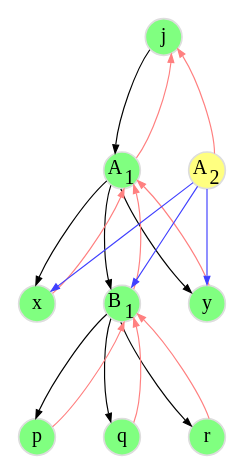
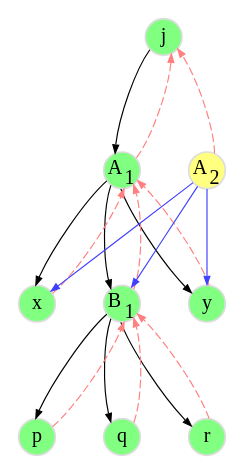
The diagram in d1.gv (flatcap/dparted), drawn with Graphviz before and after one commit. The commit also changed 4 other files, not shown here.

```diff
--- a/d1.gv
+++ b/d1.gv
@@ -1,58 +1,57 @@
 digraph d {
 	graph [
 		rankdir="TB"
 		bgcolor="white"
 		color="white"
 		nodesep="0.4"
 		ranksep="0.8"
 	];
 
 	node [
 		fontsize="12"
 		style="solid"
 		width="0.3"
 		height="0.3"
 		fixedsize="true"
 		penwidth="1.0"
 		color="#DDDDDD"
 	];
 
 	edge [
 		penwidth="0.7"
 		color="#000000"
 		arrowsize="0.5"
 	];
 
-
 	j  [ label=<j>             style="filled" fillcolor="#80ff80" ];
 	a1 [ label=<A<SUB>1</SUB>> style="filled" fillcolor="#80ff80" ];
 	x  [ label=<x>             style="filled" fillcolor="#80ff80" ];
 	b1 [ label=<B<SUB>1</SUB>> style="filled" fillcolor="#80ff80" ];
 	y  [ label=<y>             style="filled" fillcolor="#80ff80" ];
 	p  [ label=<p>             style="filled" fillcolor="#80ff80" ];
 	q  [ label=<q>             style="filled" fillcolor="#80ff80" ];
 	r  [ label=<r>             style="filled" fillcolor="#80ff80" ];
 	a2 [ label=<A<SUB>2</SUB>> style="filled" fillcolor="#ffff80" ];
 
 	j  -> a1;
-	a1 -> j   [ color="#ff8080" ];
+	a1 -> j   [ color="#ff8080" style=dashed ];
 	a1 -> x;
-	x  -> a1  [ color="#ff8080" ];
+	x  -> a1  [ color="#ff8080" style=dashed ];
 	a1 -> b1;
-	b1 -> a1  [ color="#ff8080" ];
+	b1 -> a1  [ color="#ff8080" style=dashed ];
 	a1 -> y;
-	y  -> a1  [ color="#ff8080" ];
+	y  -> a1  [ color="#ff8080" style=dashed ];
 	b1 -> p;
-	p  -> b1  [ color="#ff8080" ];
+	p  -> b1  [ color="#ff8080" style=dashed ];
 	b1 -> q;
-	q  -> b1  [ color="#ff8080" ];
+	q  -> b1  [ color="#ff8080" style=dashed ];
 	b1 -> r;
-	r  -> b1  [ color="#ff8080" ];
+	r  -> b1  [ color="#ff8080" style=dashed ];
 
 	j -> a2 [ style=invis ];
 
-	a2 -> j  [ color="#ff8080"     ];
+	a2 -> j  [ color="#ff8080" style=dashed    ];
 	a2 -> x  [ color="#4040ff" constraint=false ];
 	a2 -> b1 [ color="#4040ff" constraint=false ];
 	a2 -> y  [ color="#4040ff" constraint=false ];
 }
```
